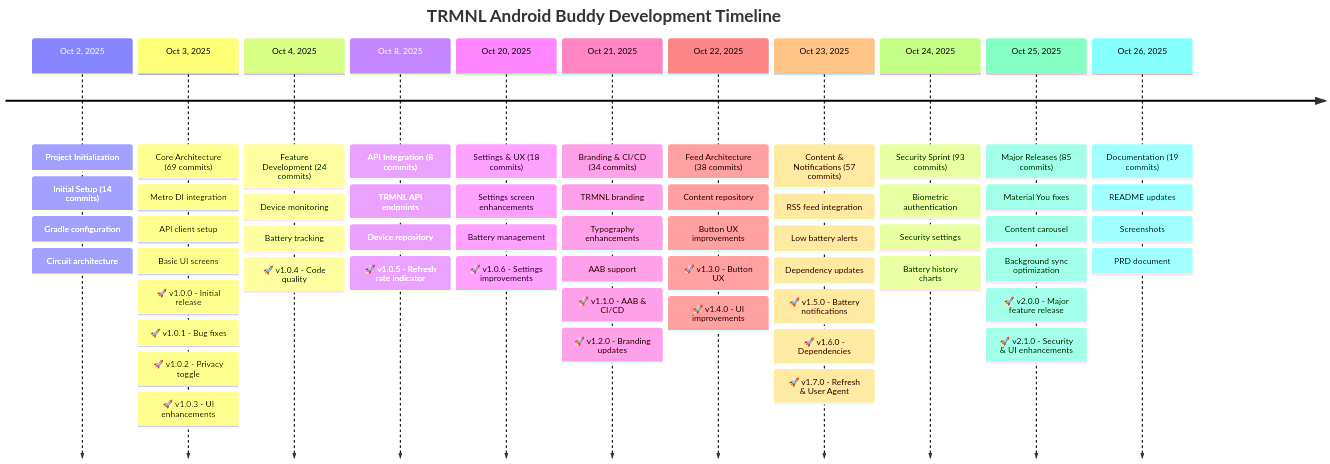
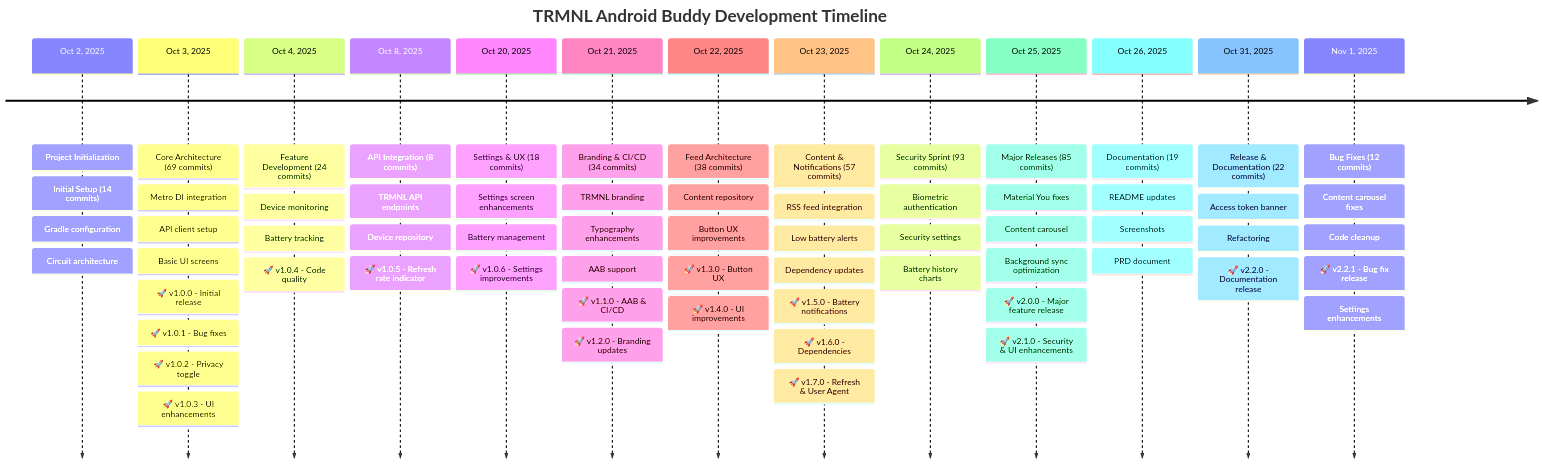
Before and after one commit to hossain-khan/trmnl-android-buddy: the third of 3 diagrams in docs/PROJECT_ANALYSIS.md, drawn with Mermaid. The commit also changed other lines of this file and 1 other file, not shown here.

First line of the commit message:
docs: Update project analysis to reflect current state (Oct 2 - Nov 1, 2025)

````diff
--- a/docs/PROJECT_ANALYSIS.md
+++ b/docs/PROJECT_ANALYSIS.md
@@ -222,71 +226,82 @@
 ```mermaid
 timeline
     title TRMNL Android Buddy Development Timeline
     
     Oct 2, 2025 : Project Initialization
                 : Initial Setup (14 commits)
                 : Gradle configuration
                 : Circuit architecture
     
     Oct 3, 2025 : Core Architecture (69 commits)
                 : Metro DI integration
                 : API client setup
                 : Basic UI screens
                 : 🚀 v1.0.0 - Initial release
                 : 🚀 v1.0.1 - Bug fixes
                 : 🚀 v1.0.2 - Privacy toggle
                 : 🚀 v1.0.3 - UI enhancements
     
     Oct 4, 2025 : Feature Development (24 commits)
                 : Device monitoring
                 : Battery tracking
                 : 🚀 v1.0.4 - Code quality
     
     Oct 8, 2025 : API Integration (8 commits)
                 : TRMNL API endpoints
                 : Device repository
                 : 🚀 v1.0.5 - Refresh rate indicator
     
     Oct 20, 2025 : Settings & UX (18 commits)
                  : Settings screen enhancements
                  : Battery management
                  : 🚀 v1.0.6 - Settings improvements
     
     Oct 21, 2025 : Branding & CI/CD (34 commits)
                  : TRMNL branding
                  : Typography enhancements
                  : AAB support
                  : 🚀 v1.1.0 - AAB & CI/CD
                  : 🚀 v1.2.0 - Branding updates
     
     Oct 22, 2025 : Feed Architecture (38 commits)
                  : Content repository
                  : Button UX improvements
                  : 🚀 v1.3.0 - Button UX
                  : 🚀 v1.4.0 - UI improvements
     
     Oct 23, 2025 : Content & Notifications (57 commits)
                  : RSS feed integration
                  : Low battery alerts
                  : Dependency updates
                  : 🚀 v1.5.0 - Battery notifications
                  : 🚀 v1.6.0 - Dependencies
                  : 🚀 v1.7.0 - Refresh & User Agent
     
     Oct 24, 2025 : Security Sprint (93 commits)
                  : Biometric authentication
                  : Security settings
                  : Battery history charts
     
     Oct 25, 2025 : Major Releases (85 commits)
                  : Material You fixes
                  : Content carousel
                  : Background sync optimization
                  : 🚀 v2.0.0 - Major feature release
                  : 🚀 v2.1.0 - Security & UI enhancements
     
     Oct 26, 2025 : Documentation (19 commits)
                  : README updates
                  : Screenshots
                  : PRD document
+    
+    Oct 31, 2025 : Release & Documentation (22 commits)
+                 : Access token banner
+                 : Refactoring
+                 : 🚀 v2.2.0 - Documentation release
+    
+    Nov 1, 2025 : Bug Fixes (12 commits)
+               : Content carousel fixes
+               : Code cleanup
+               : 🚀 v2.2.1 - Bug fix release
+               : Settings enhancements
 ```
````
